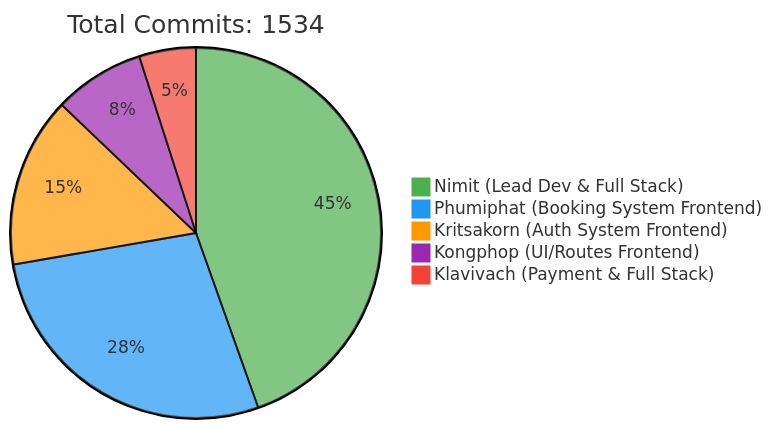
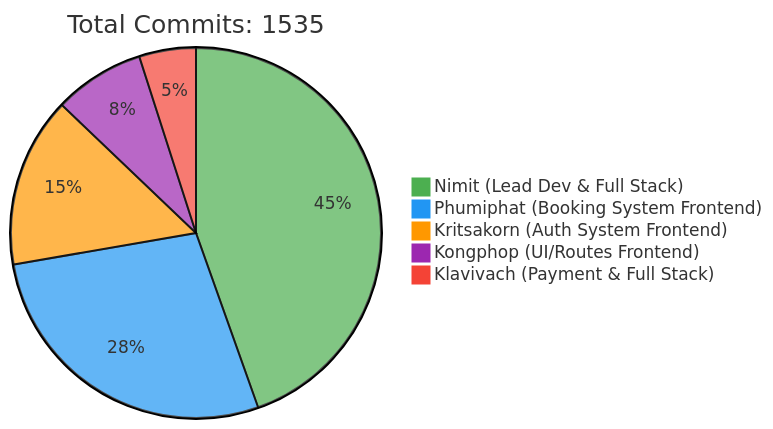
Before and after one commit to 6531503042/Sport-Complex: the first of 2 diagrams in README.md, drawn with Mermaid. The commit also changed other lines of this file, not shown here.

Commit message:
docs: Update contributor statistics [skip ci]

````diff
--- a/README.md
+++ b/README.md
@@ -257,10 +257,10 @@
 ```mermaid
 %%{init: {'theme': 'base', 'themeVariables': { 'pie1': '#4CAF50', 'pie2': '#2196F3', 'pie3': '#FF9800', 'pie4': '#9C27B0', 'pie5': '#F44336'}}}%%
 pie
-    title Total Commits: 1534
+    title Total Commits: 1535
     "Nimit (Lead Dev & Full Stack)" : 450
     "Phumiphat (Booking System Frontend)" : 280
     "Kritsakorn (Auth System Frontend)" : 150
     "Kongphop (UI/Routes Frontend)" : 80
     "Klavivach (Payment & Full Stack)" : 50
 ```
````
